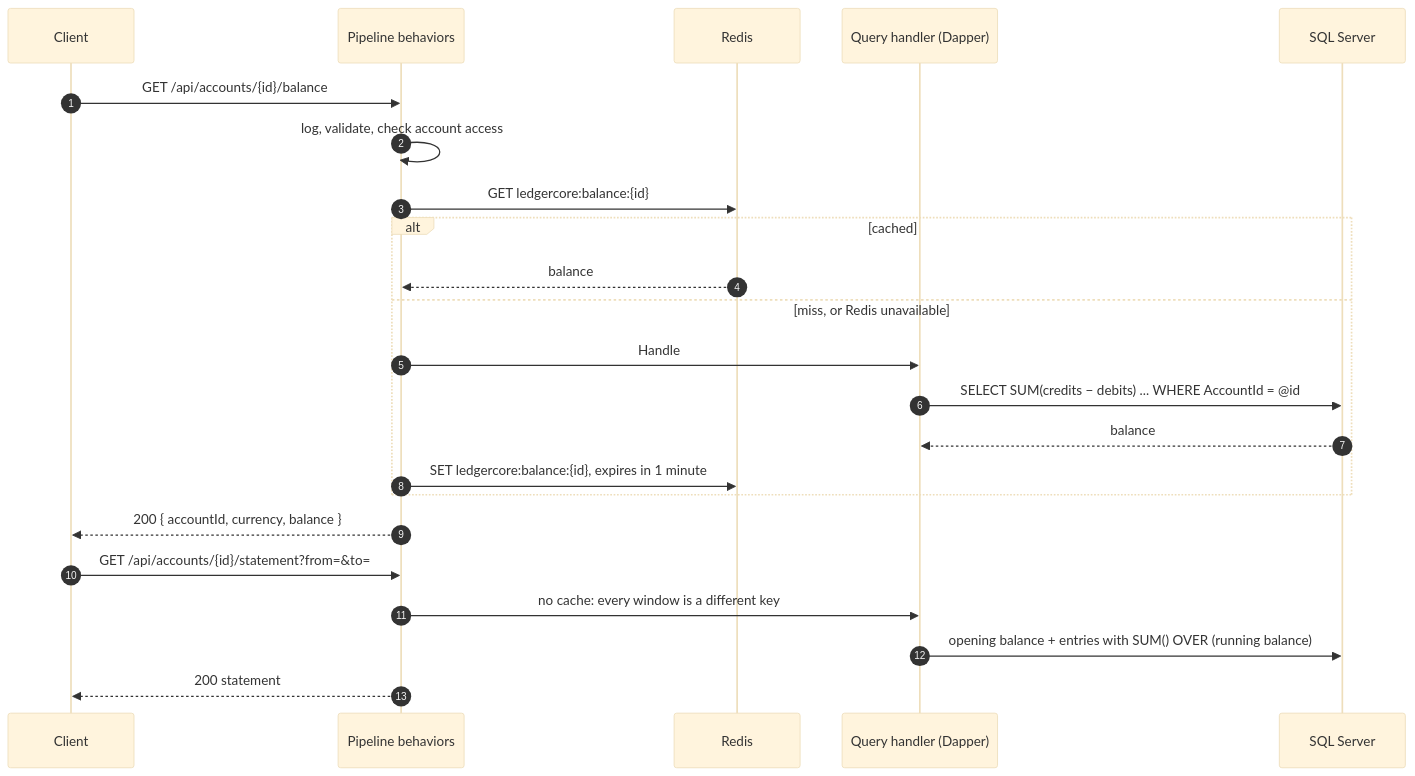
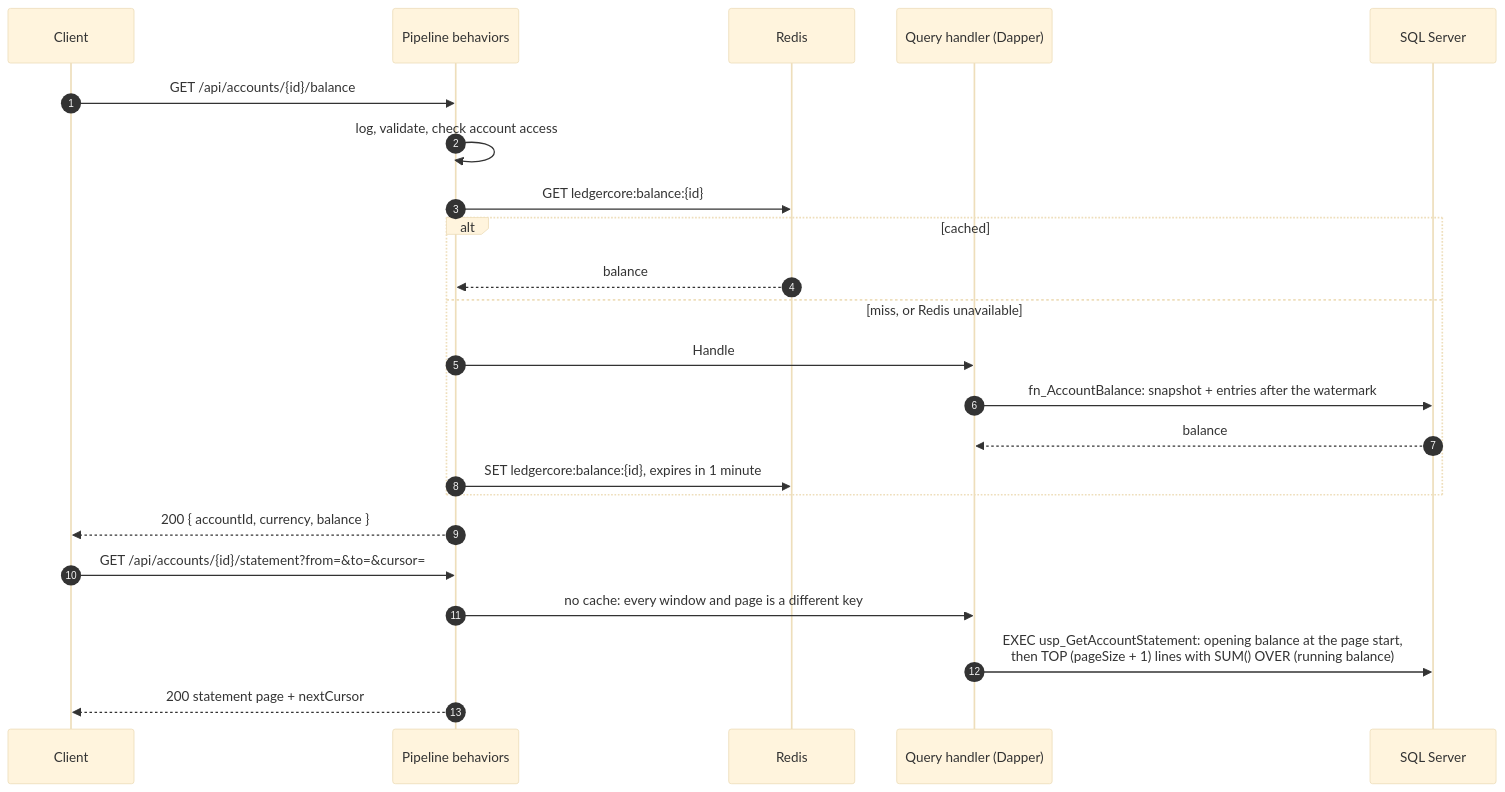
The third of 4 diagrams in docs/architecture.md (aymankuy/LedgerCore), drawn with Mermaid (base theme) before and after one commit. The commit also changed other lines of this file and 4 other files, not shown here.

First line of the commit message:
docs: report Phase 4 performance and update the README, architecture and plan

````diff
--- a/docs/architecture.md
+++ b/docs/architecture.md
@@ -87,27 +90,27 @@
 ```mermaid
 sequenceDiagram
     autonumber
     participant C as Client
     participant P as Pipeline behaviors
     participant R as Redis
     participant Q as Query handler (Dapper)
     participant DB as SQL Server
 
     C->>P: GET /api/accounts/{id}/balance
     P->>P: log, validate, check account access
     P->>R: GET ledgercore:balance:{id}
     alt cached
         R-->>P: balance
     else miss, or Redis unavailable
         P->>Q: Handle
-        Q->>DB: SELECT SUM(credits − debits) ... WHERE AccountId = @id
+        Q->>DB: fn_AccountBalance: snapshot + entries after the watermark
         DB-->>Q: balance
         P->>R: SET ledgercore:balance:{id}, expires in 1 minute
     end
     P-->>C: 200 { accountId, currency, balance }
 
-    C->>P: GET /api/accounts/{id}/statement?from=&to=
-    P->>Q: no cache: every window is a different key
-    Q->>DB: opening balance + entries with SUM() OVER (running balance)
-    P-->>C: 200 statement
+    C->>P: GET /api/accounts/{id}/statement?from=&to=&cursor=
+    P->>Q: no cache: every window and page is a different key
+    Q->>DB: EXEC usp_GetAccountStatement: opening balance at the page start,<br/>then TOP (pageSize + 1) lines with SUM() OVER (running balance)
+    P-->>C: 200 statement page + nextCursor
 ```
````
